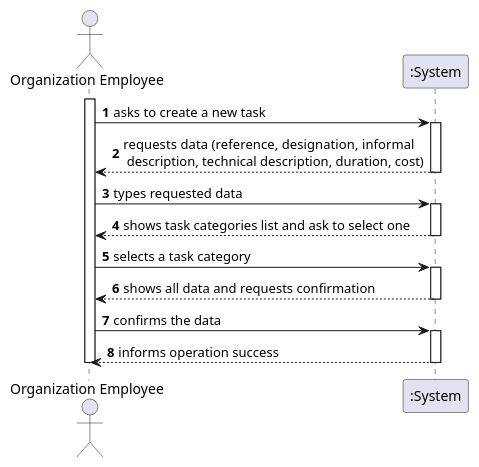
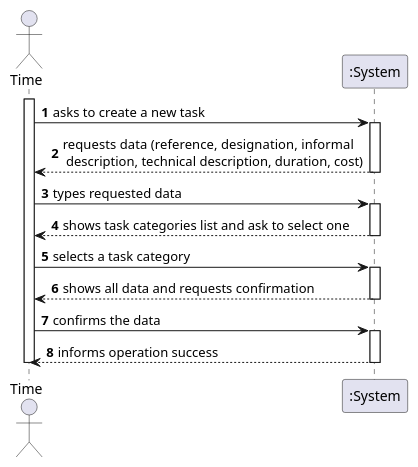
Before and after one commit to manu-07-ela/LAPR2_ISEP: the diagram in docs/SprintD/US19/US19_SSD.puml, drawn with PlantUML. The commit also changed 2 other files, not shown here.

```diff
--- a/docs/SprintD/US19/US19_SSD.puml
+++ b/docs/SprintD/US19/US19_SSD.puml
@@ -1,28 +1,28 @@
 @startuml
 autonumber
-actor "Organization Employee" as OE
+actor "Time" as T
 
-activate OE
-OE -> ":System" : asks to create a new task
+activate T
+T -> ":System" : asks to create a new task
 activate ":System"
-":System" --> OE : requests data (reference, designation,  informal \n description, technical description, duration, cost)
+":System" --> T : requests data (reference, designation,  informal \n description, technical description, duration, cost)
 deactivate ":System"
 
-OE -> ":System" : types requested data
+T -> ":System" : types requested data
 activate ":System"
-":System" --> OE : shows task categories list and ask to select one
+":System" --> T : shows task categories list and ask to select one
 deactivate ":System"
 
-OE -> ":System" : selects a task category
+T -> ":System" : selects a task category
 activate ":System"
-":System" --> OE : shows all data and requests confirmation
+":System" --> T : shows all data and requests confirmation
 deactivate ":System"
 
-OE -> ":System" : confirms the data
+T -> ":System" : confirms the data
 activate ":System"
-":System" --> OE : informs operation success
+":System" --> T : informs operation success
 deactivate ":System"
 
-deactivate OE
+deactivate T
 
 @enduml
```
